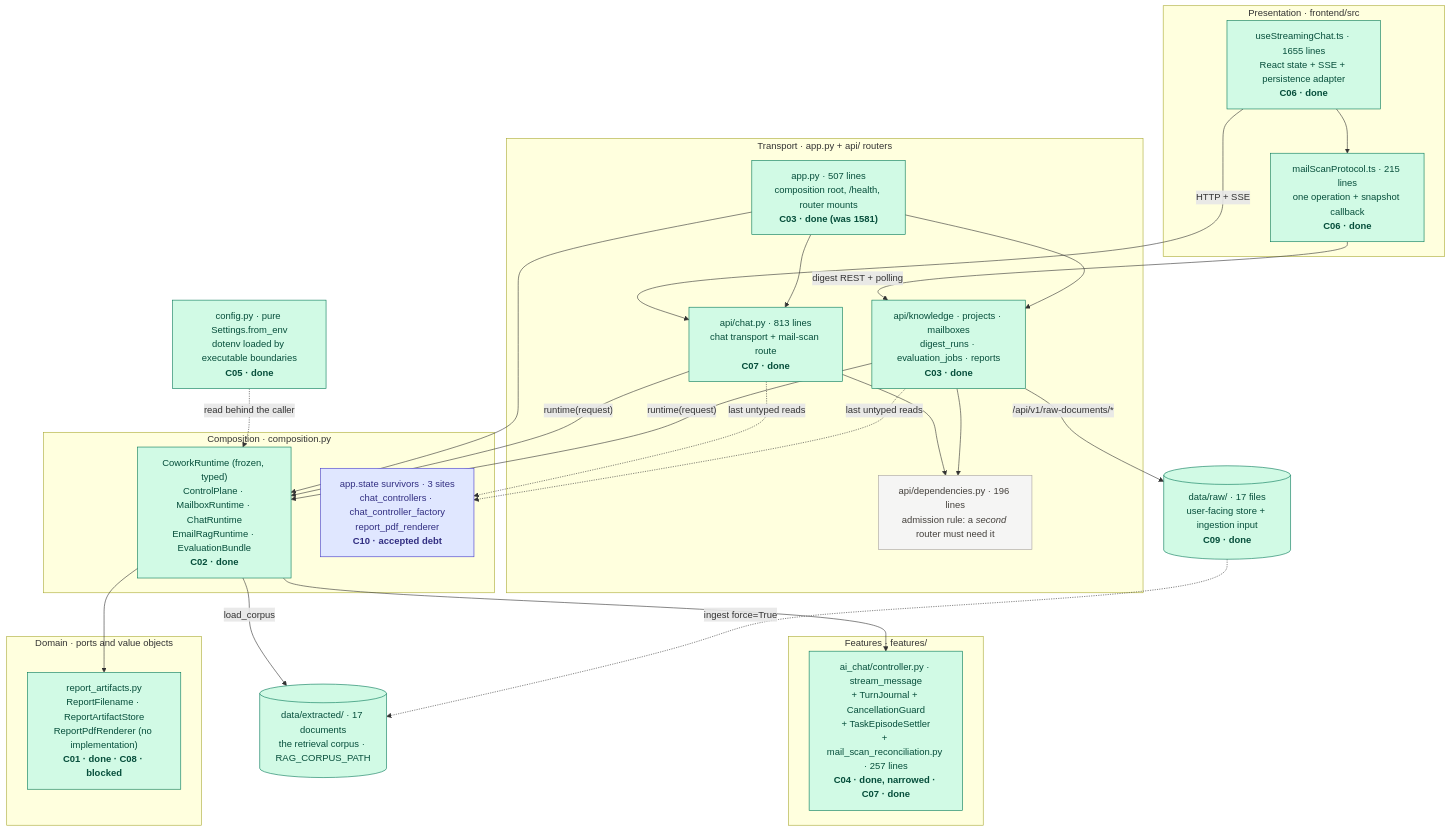
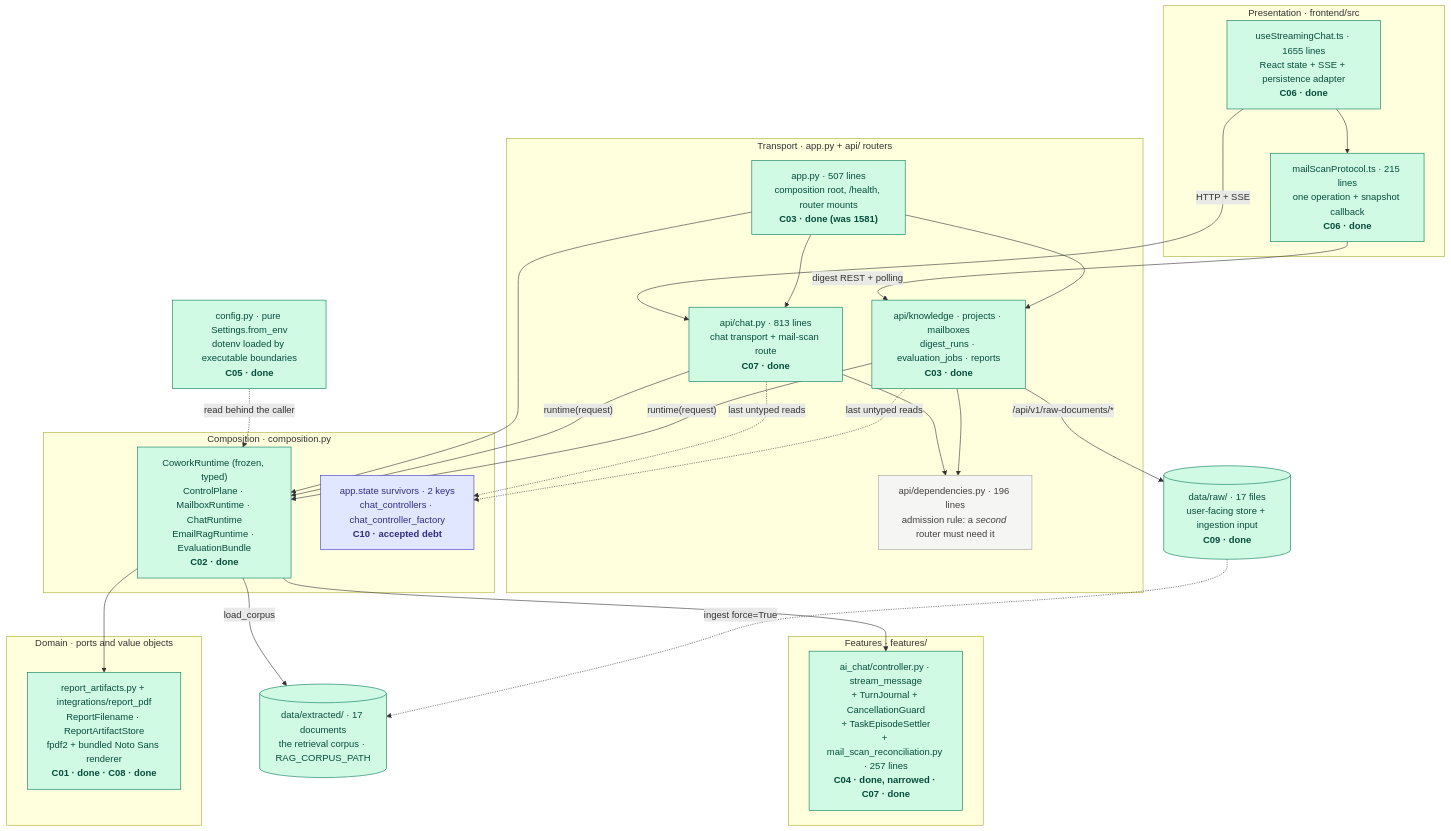
Before and after one commit to MathematicGuy/EMAIL-AGENT-v1: the first of 6 diagrams in tasks/specs/SPEC-architecture-improvement-program.md, drawn with Mermaid. The commit also changed other lines of this file and 7 other files, not shown here.

Commit message:
docs(arch): close C08 PDF renderer workstream

````diff
--- a/tasks/specs/SPEC-architecture-improvement-program.md
+++ b/tasks/specs/SPEC-architecture-improvement-program.md
@@ -59,60 +59,60 @@
 ```mermaid
 flowchart TB
     subgraph PRESENTATION["Presentation · frontend/src"]
         HOOK["useStreamingChat.ts · 1655 lines<br/>React state + SSE + persistence adapter<br/><b>C06 · done</b>"]
         MAILP["mailScanProtocol.ts · 215 lines<br/>one operation + snapshot callback<br/><b>C06 · done</b>"]
     end
 
     subgraph TRANSPORT["Transport · app.py + api/ routers"]
         APP["app.py · 507 lines<br/>composition root, /health, router mounts<br/><b>C03 · done (was 1581)</b>"]
         CHAT["api/chat.py · 813 lines<br/>chat transport + mail-scan route<br/><b>C07 · done</b>"]
         SIB["api/knowledge · projects · mailboxes<br/>digest_runs · evaluation_jobs · reports<br/><b>C03 · done</b>"]
         DEPS["api/dependencies.py · 196 lines<br/>admission rule: a <i>second</i> router must need it"]
     end
 
     subgraph COMPOSITION["Composition · composition.py"]
         RT["CoworkRuntime (frozen, typed)<br/>ControlPlane · MailboxRuntime · ChatRuntime<br/>EmailRagRuntime · EvaluationBundle<br/><b>C02 · done</b>"]
-        SURV["app.state survivors · 3 sites<br/>chat_controllers · chat_controller_factory<br/>report_pdf_renderer<br/><b>C10 · accepted debt</b>"]
+        SURV["app.state survivors · 2 keys<br/>chat_controllers · chat_controller_factory<br/><b>C10 · accepted debt</b>"]
     end
 
     subgraph FEATURES["Features · features/"]
         CTRL["ai_chat/controller.py · stream_message<br/>+ TurnJournal + CancellationGuard<br/>+ TaskEpisodeSettler<br/>+ mail_scan_reconciliation.py · 257 lines<br/><b>C04 · done, narrowed · C07 · done</b>"]
     end
 
     subgraph DOMAIN["Domain · ports and value objects"]
-        RA["report_artifacts.py<br/>ReportFilename · ReportArtifactStore<br/>ReportPdfRenderer (no implementation)<br/><b>C01 · done · C08 · blocked</b>"]
+        RA["report_artifacts.py + integrations/report_pdf<br/>ReportFilename · ReportArtifactStore<br/>fpdf2 + bundled Noto Sans renderer<br/><b>C01 · done · C08 · done</b>"]
     end
 
     CFG["config.py · pure Settings.from_env<br/>dotenv loaded by executable boundaries<br/><b>C05 · done</b>"]
     CORPUS[("data/extracted/ · 17 documents<br/>the retrieval corpus · RAG_CORPUS_PATH")]
     RAWDIR[("data/raw/ · 17 files<br/>user-facing store + ingestion input<br/><b>C09 · done</b>")]
 
     HOOK -->|"HTTP + SSE"| CHAT
     HOOK --> MAILP
     MAILP -->|"digest REST + polling"| SIB
     APP --> CHAT
     APP --> SIB
     CHAT --> DEPS
     SIB --> DEPS
     APP --> RT
     CHAT -->|"runtime(request)"| RT
     SIB -->|"runtime(request)"| RT
     RT --> CTRL
     RT --> RA
     RT -->|"load_corpus"| CORPUS
     SIB -->|"/api/v1/raw-documents/*"| RAWDIR
     RAWDIR -. "ingest force=True" .-> CORPUS
     CHAT -. "last untyped reads" .-> SURV
     SIB -. "last untyped reads" .-> SURV
     CFG -. "read behind the caller" .-> RT
 
     classDef done fill:#d1fae5,stroke:#047857,color:#064e3b;
     classDef open fill:#fef3c7,stroke:#b45309,color:#78350f;
     classDef debt fill:#e0e7ff,stroke:#4338ca,color:#312e81;
     classDef outlier fill:#ffe4e6,stroke:#be123c,color:#881337,stroke-width:2px;
     classDef plain fill:#f5f5f4,stroke:#a8a29e,color:#44403c;
     class APP,CHAT,SIB,RT,CTRL,RA,CORPUS,RAWDIR,HOOK,MAILP done;
     class CFG done;
     class SURV debt;
     class DEPS plain;
 ```
````
